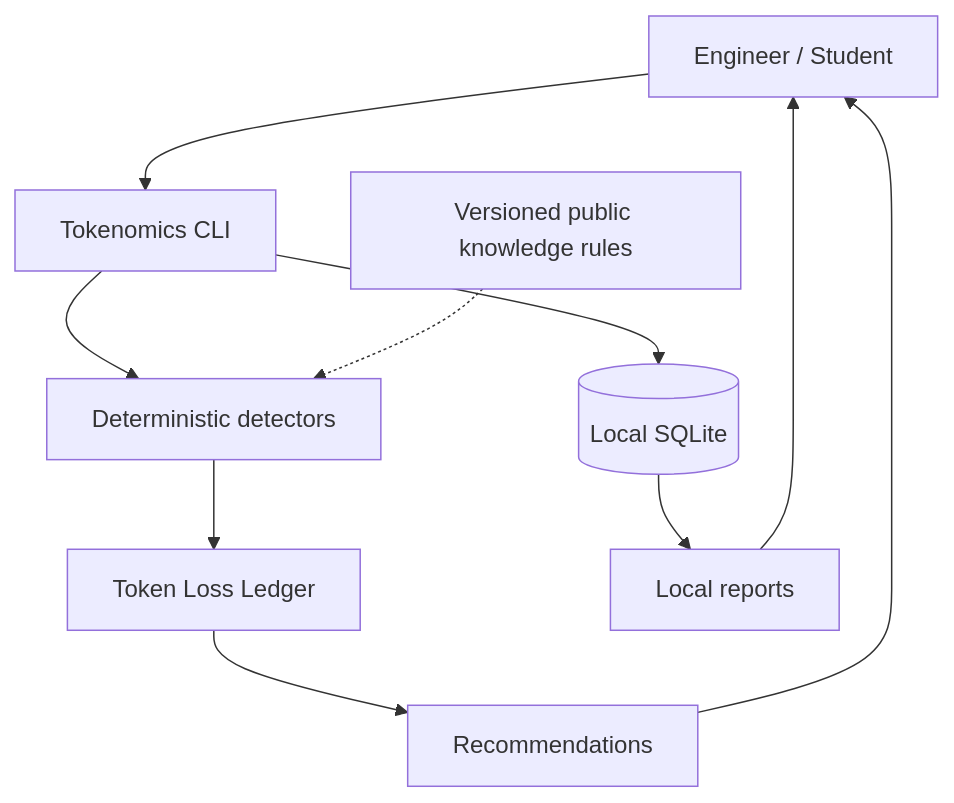
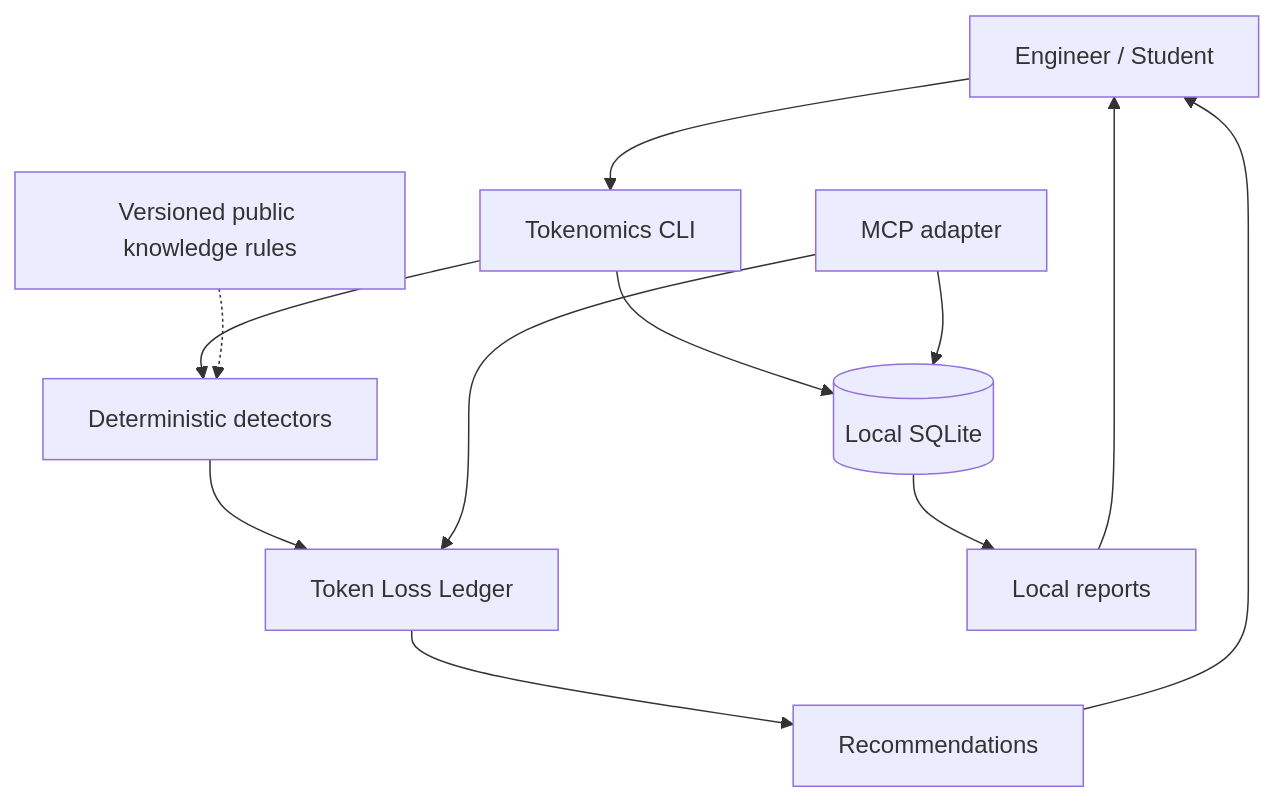
One commit to thew0lf/tokenomics changed the second of 2 diagrams in README.md. Above: the diagram before and after it, drawn with Mermaid. The commit also changed other lines of this file and 17 other files, not shown here.

````diff
--- a/README.md
+++ b/README.md
@@ -51,13 +51,15 @@
 ```mermaid
 flowchart TB
     U[Engineer / Student] --> CLI[Tokenomics CLI]
     CLI --> DET[Deterministic detectors]
     CLI --> STORE[(Local SQLite)]
     DET --> LEDGER[Token Loss Ledger]
     LEDGER --> REC[Recommendations]
     REC --> U
     STORE --> REPORT[Local reports]
     REPORT --> U
 
+    MCP[MCP adapter] --> STORE
+    MCP --> LEDGER
     KNOW[Versioned public knowledge rules] -.-> DET
 ```
````
